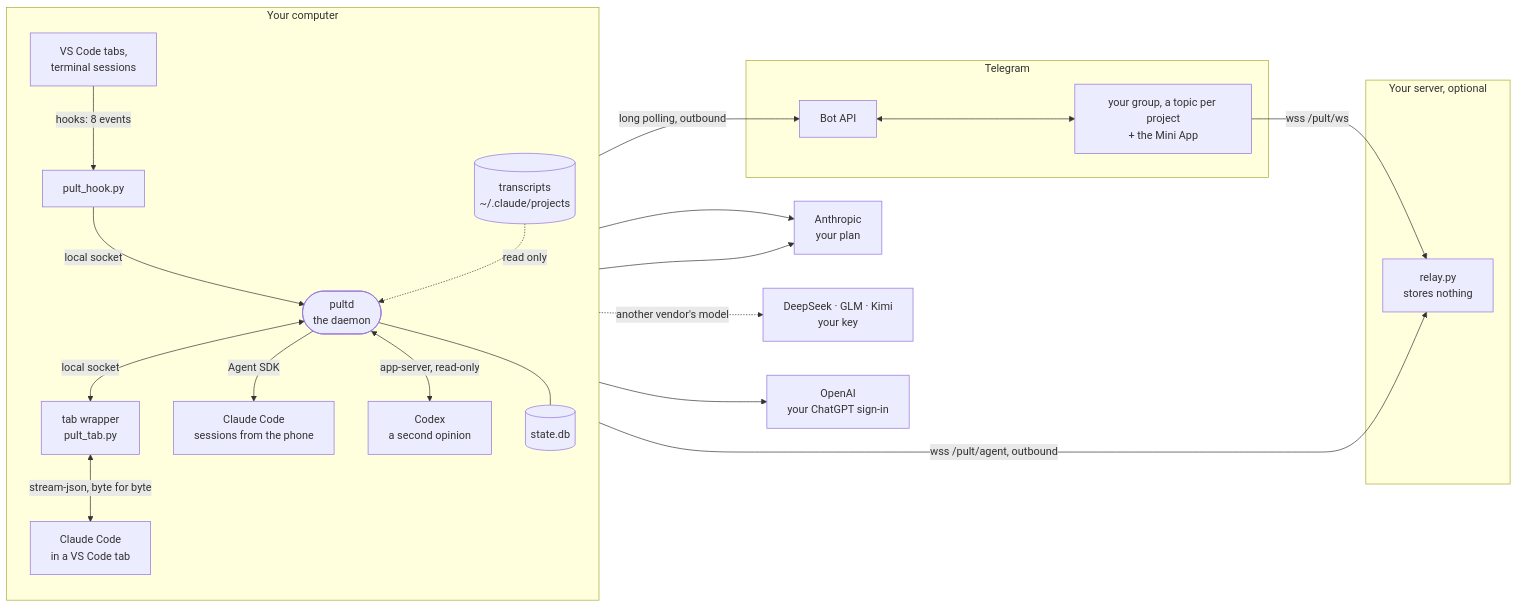
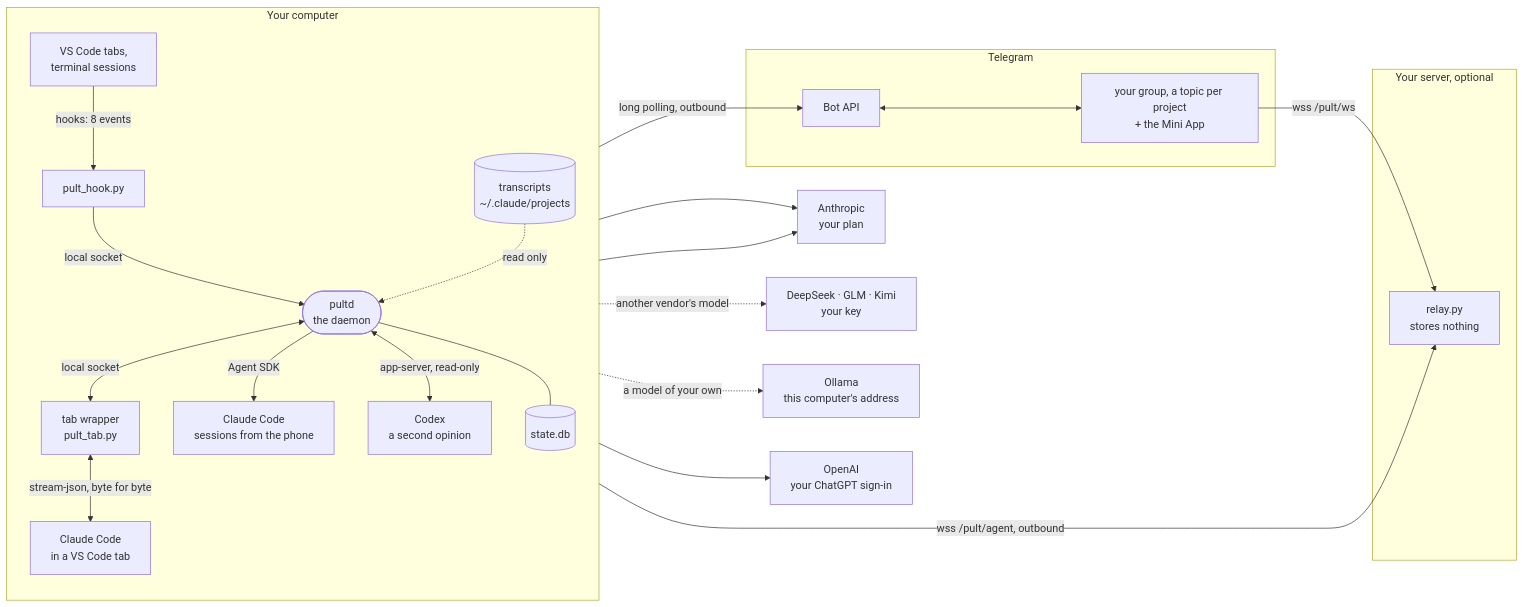
One commit to pulthq/pult changed the first of 6 diagrams in ARCHITECTURE.md. Above: the diagram before and after it, drawn with Mermaid. The commit also changed other lines of this file and 29 other files, not shown here.

````diff
--- a/ARCHITECTURE.md
+++ b/ARCHITECTURE.md
@@ -16,29 +16,30 @@
 ```mermaid
 flowchart LR
   subgraph PC["Your computer"]
     direction TB
     TAB["VS Code tabs,<br/>terminal sessions"] -->|"hooks: 8 events"| HOOK["pult_hook.py"]
     HOOK -->|"local socket"| D(["pultd<br/>the daemon"])
     D <-->|"local socket"| WRAP["tab wrapper<br/>pult_tab.py"]
     WRAP <-->|"stream-json, byte for byte"| CCT["Claude Code<br/>in a VS Code tab"]
     D -->|"Agent SDK"| CCS["Claude Code<br/>sessions from the phone"]
     D <-->|"app-server, read-only"| CX["Codex<br/>a second opinion"]
     LOGS[("transcripts<br/>~/.claude/projects")] -.->|"read only"| D
     D --- DB[("state.db")]
   end
   subgraph SRV["Your server, optional"]
     R["relay.py<br/>stores nothing"]
   end
   subgraph TG["Telegram"]
     API["Bot API"]
     APP["your group, a topic per project<br/>+ the Mini App"]
   end
   D -->|"long polling, outbound"| API
   API <--> APP
   APP -->|"wss /pult/ws"| R
   D -->|"wss /pult/agent, outbound"| R
   CCT --> ANT["Anthropic<br/>your plan"]
   CCS --> ANT
   CCS -.->|"another vendor's model"| VEN["DeepSeek · GLM · Kimi<br/>your key"]
+  CCS -.->|"a model of your own"| OLL["Ollama<br/>this computer's address"]
   CX --> OAI["OpenAI<br/>your ChatGPT sign-in"]
 ```
````
